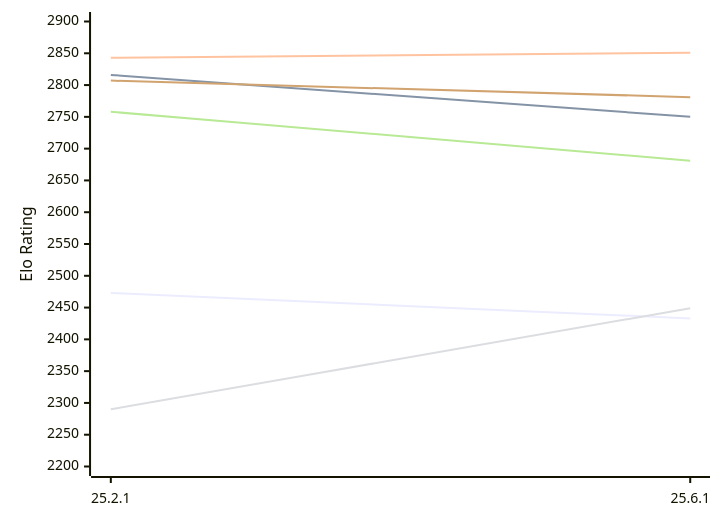
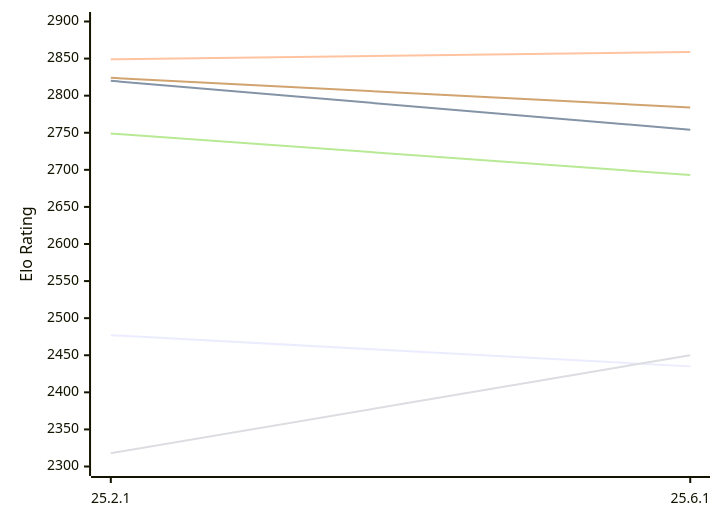
Before and after one commit to computer-chess-index/cci: the first of 2 diagrams in engines/Crafty.md, drawn with Mermaid. The commit also changed other lines of this file, not shown here.

Commit message:
Update CCI Ratings (ELO VLTC) - 2026-11-20

````diff
--- a/engines/Crafty.md
+++ b/engines/Crafty.md
@@ -50,12 +50,12 @@
 ```mermaid
 %%{init: {"theme":"base","themeVariables":{"seriesColors:['#a3a3a3','#222221','#faa371']}}}%%
 xychart-beta
   x-axis ["25.2.1", "25.6.1"]
-  y-axis "Elo Rating" 2200 --> 2900
-  line "E1: STC (8.0+0.08s)" [2473, 2433]
-  line "E1: LTC (60.0+0.60s)" [2816, 2750]
-  line "E1: VLTC (2m24s+1.12s)" [2843, 2851]
-  line "P1: STC (8.0+0.08s)" [2290, 2449]
-  line "P1: LTC (60.0+0.60s)" [2758, 2681]
-  line "P1: VLTC (2m24s+1.12s)" [2807, 2781]
+  y-axis "Elo Rating" 2300 --> 2900
+  line "E1: STC (8.0+0.08s)" [2477, 2435]
+  line "E1: LTC (60.0+0.60s)" [2820, 2754]
+  line "E1: VLTC (2m24s+1.12s)" [2849, 2859]
+  line "P1: STC (8.0+0.08s)" [2318, 2450]
+  line "P1: LTC (60.0+0.60s)" [2749, 2693]
+  line "P1: VLTC (2m24s+1.12s)" [2824, 2784]
 ```
````
